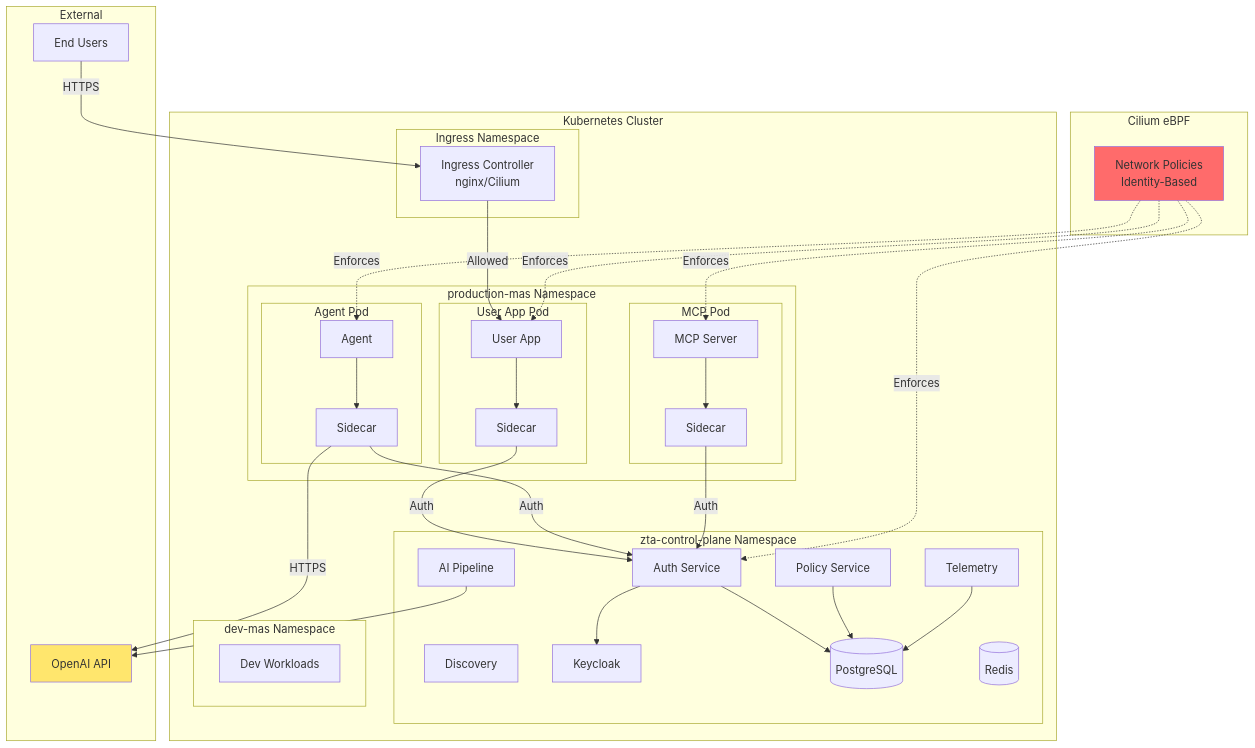
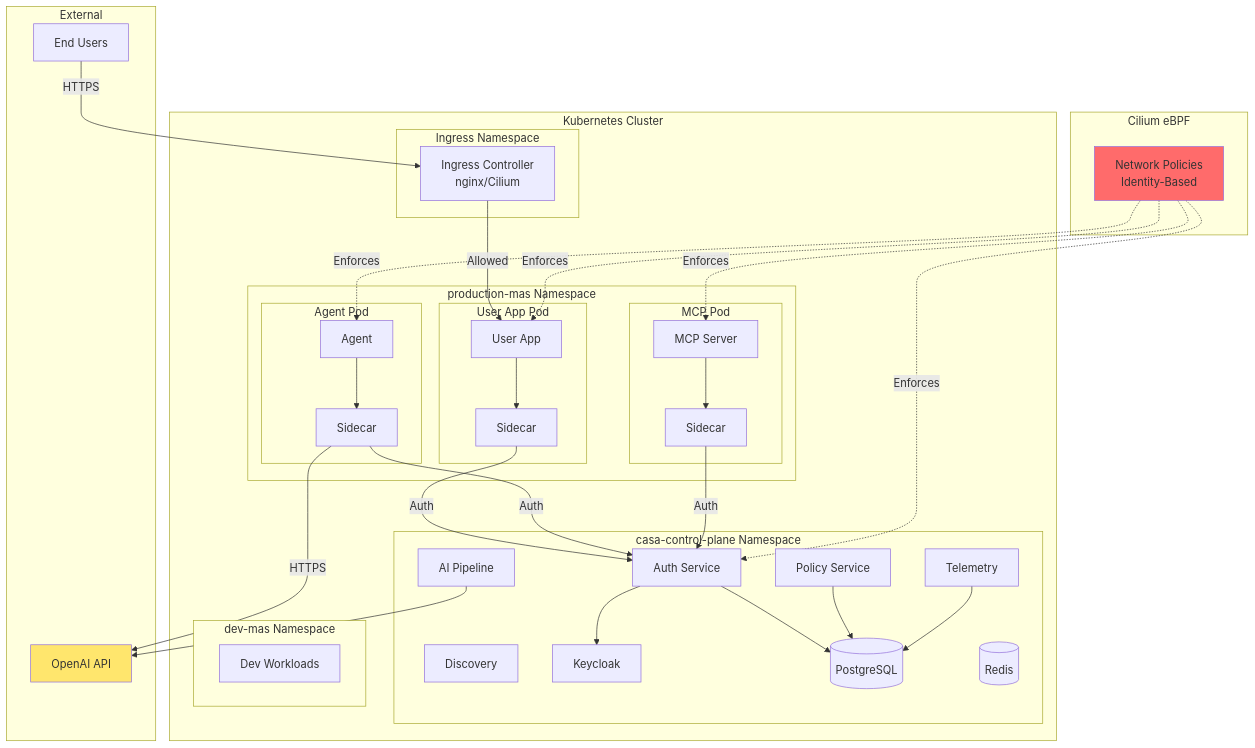
Before and after one commit to outshift-open/CASA: the seventh of 16 diagrams in contrib/wip/it1/SPECS.md, drawn with Mermaid. The commit also changed other lines of this file and 294 other files, not shown here.

Commit message:
feat: Rename from ZTA to CASA

````diff
--- a/contrib/wip/it1/SPECS.md
+++ b/contrib/wip/it1/SPECS.md
@@ -1162,67 +1162,67 @@
 ```mermaid
 graph TB
     subgraph "Kubernetes Cluster"
         subgraph "Ingress Namespace"
             ING[Ingress Controller<br/>nginx/Cilium]
         end
 
-        subgraph "zta-control-plane Namespace"
+        subgraph "casa-control-plane Namespace"
             AUTH[Auth Service]
             POLICY[Policy Service]
             PIPE[AI Pipeline]
             TELEM[Telemetry]
             DISC[Discovery]
             KC[Keycloak]
             PG[(PostgreSQL)]
             REDIS[(Redis)]
         end
 
         subgraph "production-mas Namespace"
             subgraph "User App Pod"
                 UA[User App] --> UAS[Sidecar]
             end
             subgraph "Agent Pod"
                 AG[Agent] --> AGS[Sidecar]
             end
             subgraph "MCP Pod"
                 MCP[MCP Server] --> MCPS[Sidecar]
             end
         end
 
         subgraph "dev-mas Namespace"
             DEV[Dev Workloads]
         end
     end
 
     subgraph "External"
         USER[End Users]
         LLM[OpenAI API]
     end
 
     USER -->|HTTPS| ING
     ING -->|Allowed| UA
 
     UAS -->|Auth| AUTH
     AGS -->|Auth| AUTH
     MCPS -->|Auth| AUTH
 
     AGS -->|HTTPS| LLM
 
     AUTH --> KC
     AUTH --> PG
     POLICY --> PG
     PIPE --> LLM
     TELEM --> PG
 
     subgraph "Cilium eBPF"
         NP[Network Policies<br/>Identity-Based]
     end
 
     NP -.->|Enforces| UA
     NP -.->|Enforces| AG
     NP -.->|Enforces| MCP
     NP -.->|Enforces| AUTH
 
     style NP fill:#ff6b6b
     style LLM fill:#ffe66d
 ```
````
